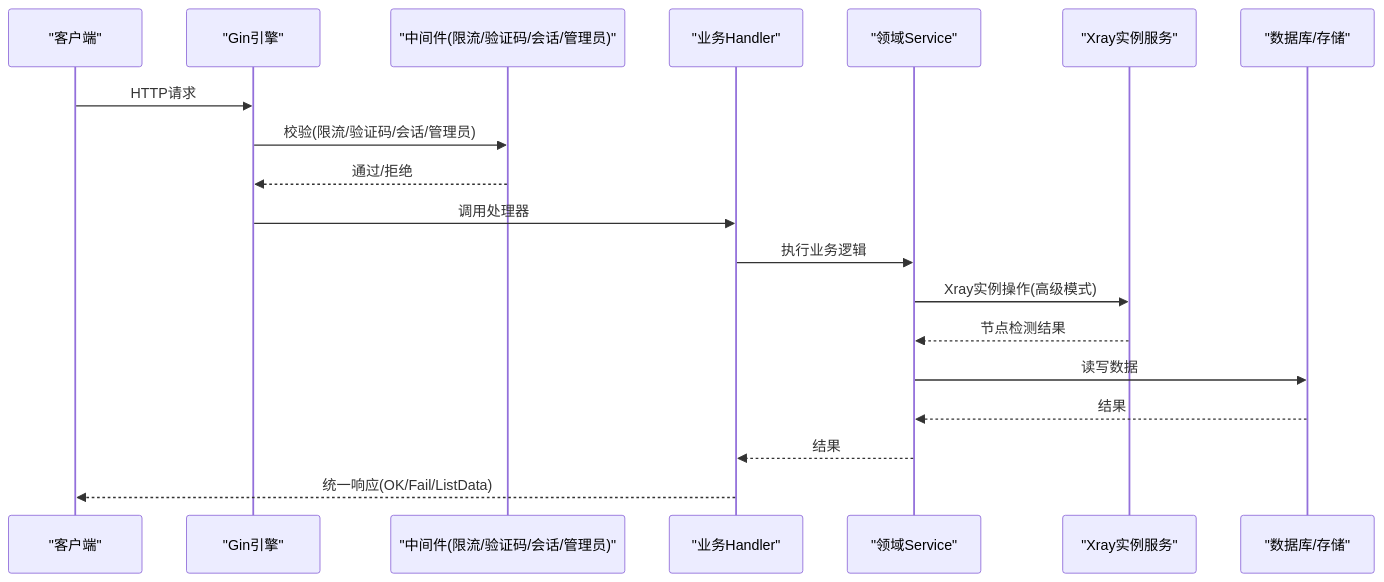
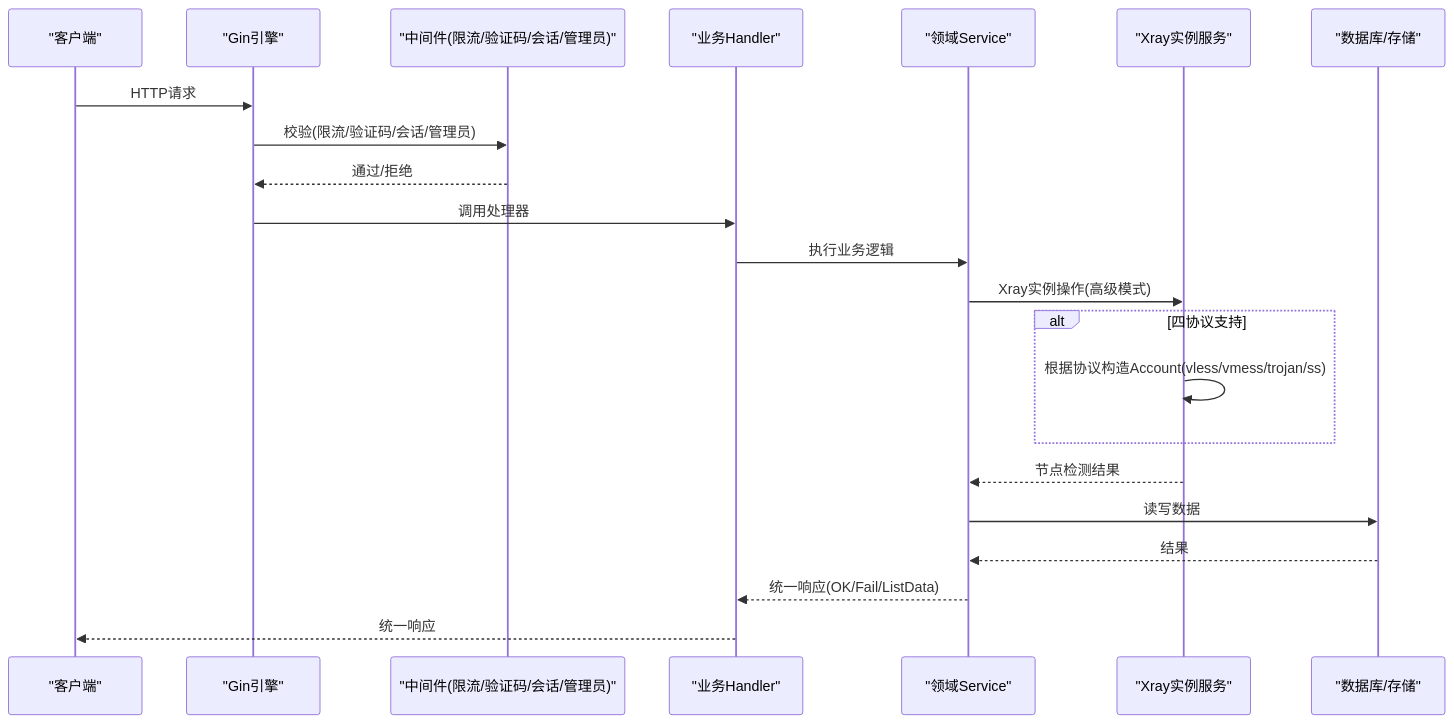
Before and after one commit to AlcaProphet/VPN-Subscription-Management: the second of 6 diagrams in .qoder/repowiki/zh/content/API接口文档/API接口文档.md, drawn with Mermaid. The commit also changed other lines of this file and 102 other files, not shown here.

````diff
--- a/.qoder/repowiki/zh/content/API接口文档/API接口文档.md
+++ b/.qoder/repowiki/zh/content/API接口文档/API接口文档.md
@@ -91,21 +106,24 @@
 ```mermaid
 sequenceDiagram
 participant Client as "客户端"
 participant Gin as "Gin引擎"
 participant MW as "中间件(限流/验证码/会话/管理员)"
 participant Handler as "业务Handler"
 participant Svc as "领域Service"
 participant Xray as "Xray实例服务"
 participant DB as "数据库/存储"
 Client->>Gin : HTTP请求
 Gin->>MW : 校验(限流/验证码/会话/管理员)
 MW-->>Gin : 通过/拒绝
 Gin->>Handler : 调用处理器
 Handler->>Svc : 执行业务逻辑
 Svc->>Xray : Xray实例操作(高级模式)
+alt 四协议支持
+Xray->>Xray : 根据协议构造Account(vless/vmess/trojan/ss)
+end
 Xray-->>Svc : 节点检测结果
 Svc->>DB : 读写数据
 DB-->>Svc : 结果
-Svc-->>Handler : 结果
-Handler-->>Client : 统一响应(OK/Fail/ListData)
+Svc-->>Handler : 统一响应(OK/Fail/ListData)
+Handler-->>Client : 统一响应
 ```
````
